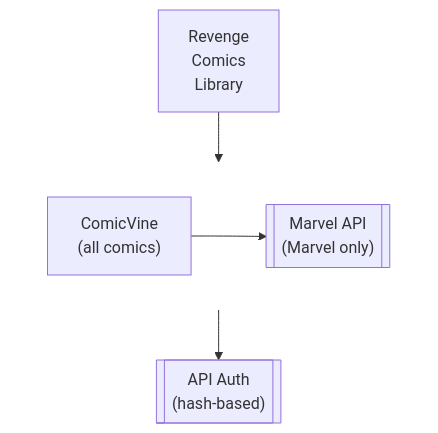
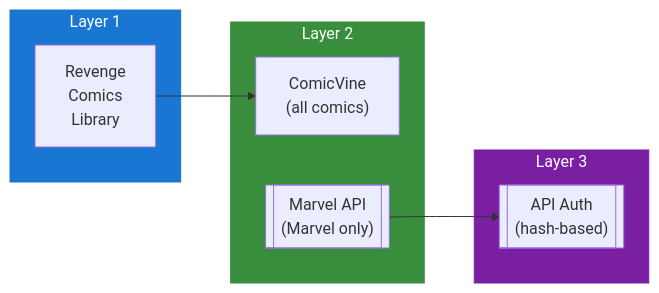
One commit to lusoris/revenge changed the diagram in docs/dev/design/integrations/metadata/comics/MARVEL_API.md. Above: the diagram before and after it, drawn with Mermaid. The commit also changed 215 other files, not shown here.

First line of the commit message:
feat(diagrams): convert all ASCII diagrams to Mermaid with LR subgraphs

````diff
--- a/docs/dev/design/integrations/metadata/comics/MARVEL_API.md
+++ b/docs/dev/design/integrations/metadata/comics/MARVEL_API.md
@@ -57,16 +57,24 @@
 ```mermaid
-flowchart TD
-    node1["Revenge<br/>Comics<br/>Library"]
-    subgraph row1[ ]
-        direction LR
+flowchart LR
+    subgraph Layer1["Layer 1"]
+        node1["Revenge<br/>Comics<br/>Library"]
+    end
+
+    subgraph Layer2["Layer 2"]
         node2["ComicVine<br/>(all comics)"]
         node3[["Marvel API<br/>(Marvel only)"]]
     end
-    node4[["API Auth<br/>(hash-based)"]]
-    node2 --> node3
+
+    subgraph Layer3["Layer 3"]
+        node4[["API Auth<br/>(hash-based)"]]
+    end
+
+    %% Connections
     node1 --> node2
     node3 --> node4
 
-    %% Hide row subgraph borders
-    style row1 fill:transparent,stroke:transparent
+    %% Styling
+    style Layer1 fill:#1976D2,stroke:#1976D2,color:#fff
+    style Layer2 fill:#388E3C,stroke:#388E3C,color:#fff
+    style Layer3 fill:#7B1FA2,stroke:#7B1FA2,color:#fff
 ```
````
